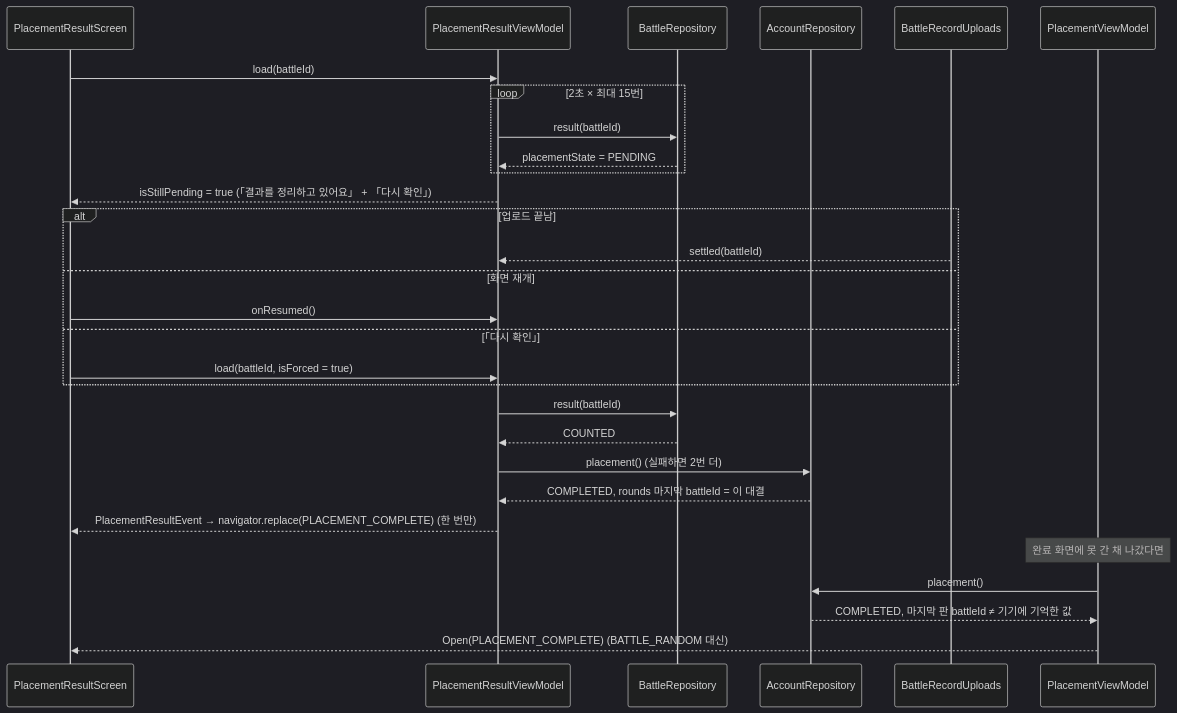
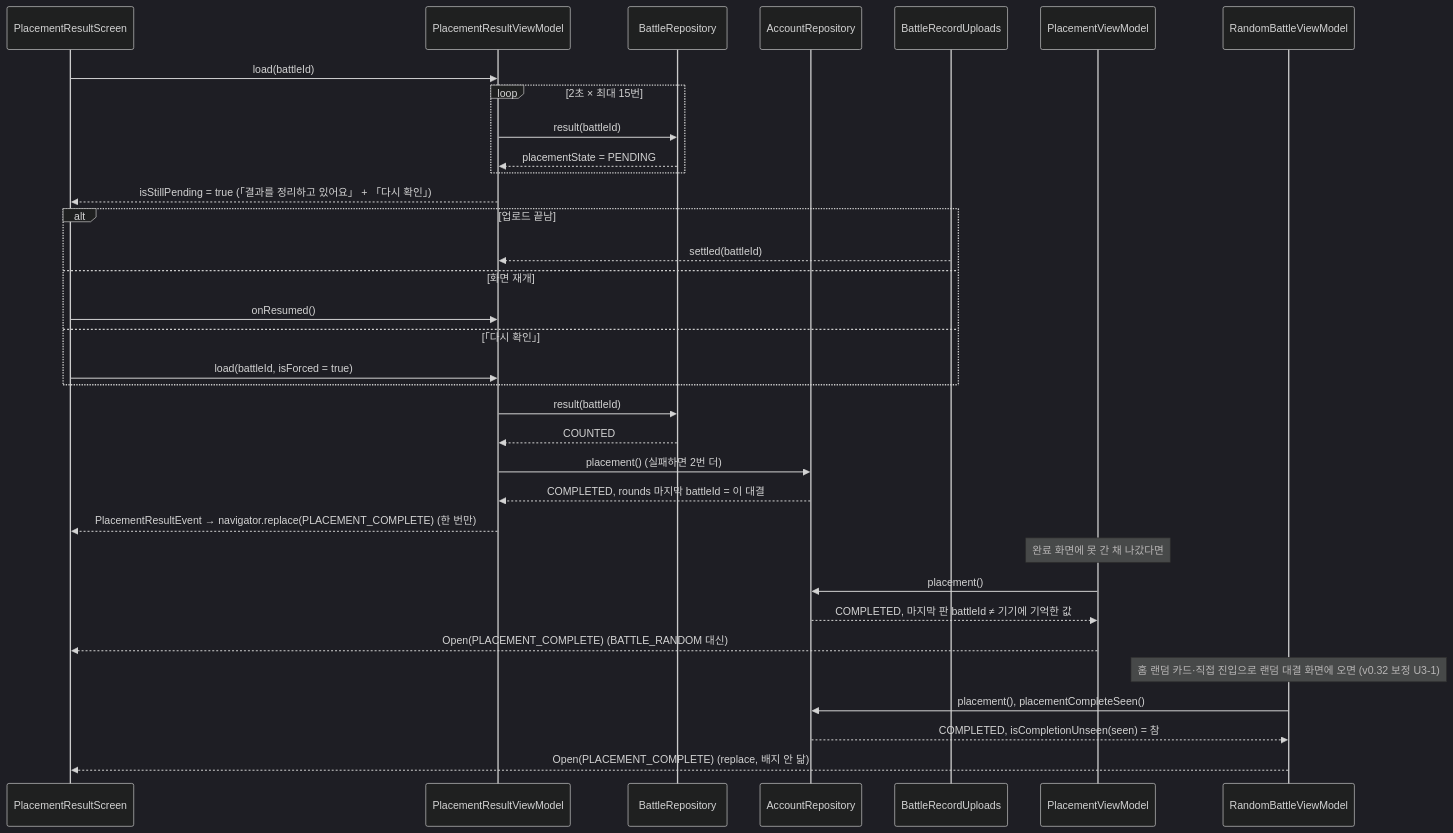
One commit to SeoooooNyeong/RunKK changed the first of 3 diagrams in docs/sw/design-oo/05-22-설계-배치고사-리뷰반영-성.md. Above: the diagram before and after it, drawn with Mermaid (dark theme). The commit also changed other lines of this file and 5 other files, not shown here.

````diff
--- a/docs/sw/design-oo/05-22-설계-배치고사-리뷰반영-성.md
+++ b/docs/sw/design-oo/05-22-설계-배치고사-리뷰반영-성.md
@@ -128,31 +133,36 @@
 ```mermaid
 sequenceDiagram
     participant S as PlacementResultScreen
     participant VM as PlacementResultViewModel
     participant BR as BattleRepository
     participant AR as AccountRepository
     participant U as BattleRecordUploads
     participant PV as PlacementViewModel
+    participant RV as RandomBattleViewModel
     S->>VM: load(battleId)
     loop 2초 × 최대 15번
         VM->>BR: result(battleId)
         BR-->>VM: placementState = PENDING
     end
     VM-->>S: isStillPending = true (「결과를 정리하고 있어요」 + 「다시 확인」)
     alt 업로드 끝남
         U-->>VM: settled(battleId)
     else 화면 재개
         S->>VM: onResumed()
     else 「다시 확인」
         S->>VM: load(battleId, isForced = true)
     end
     VM->>BR: result(battleId)
     BR-->>VM: COUNTED
     VM->>AR: placement() (실패하면 2번 더)
     AR-->>VM: COMPLETED, rounds 마지막 battleId = 이 대결
     VM-->>S: PlacementResultEvent → navigator.replace(PLACEMENT_COMPLETE) (한 번만)
     Note over PV: 완료 화면에 못 간 채 나갔다면
     PV->>AR: placement()
     AR-->>PV: COMPLETED, 마지막 판 battleId ≠ 기기에 기억한 값
     PV-->>S: Open(PLACEMENT_COMPLETE) (BATTLE_RANDOM 대신)
+    Note over RV: 홈 랜덤 카드·직접 진입으로 랜덤 대결 화면에 오면 (v0.32 보정 U3-1)
+    RV->>AR: placement(), placementCompleteSeen()
+    AR-->>RV: COMPLETED, isCompletionUnseen(seen) = 참
+    RV-->>S: Open(PLACEMENT_COMPLETE) (replace, 배지 안 닮)
 ```
````
